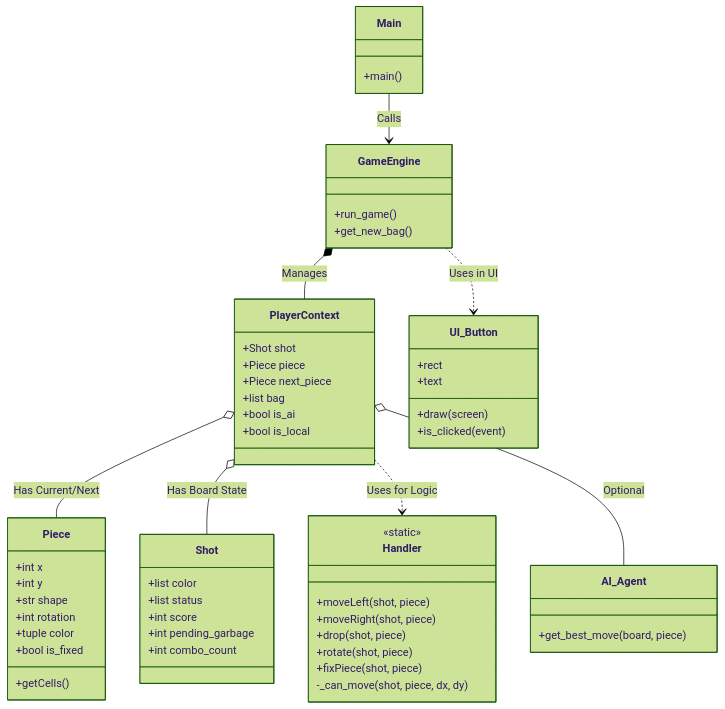
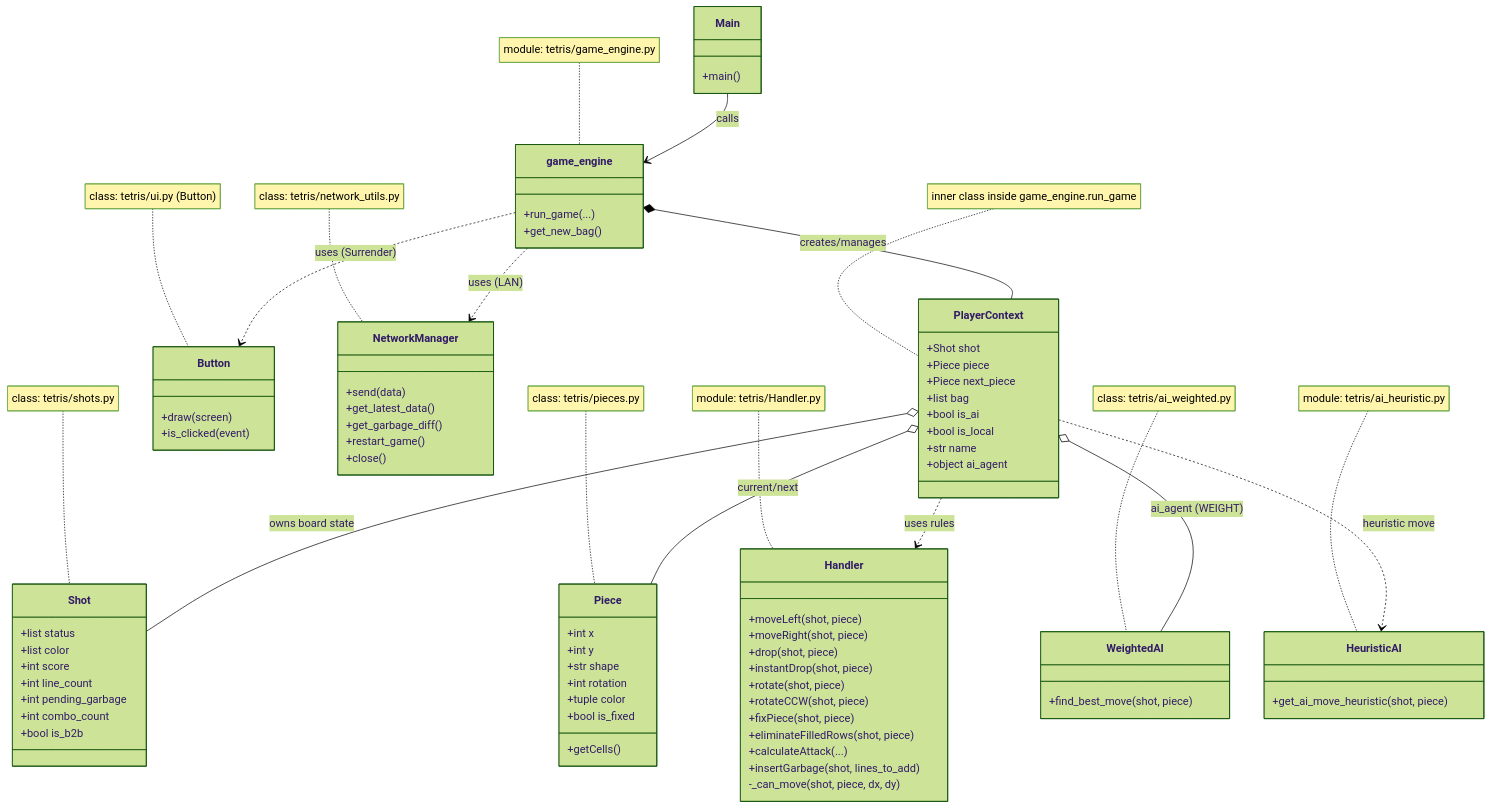
Before and after one commit to lilil0724/aoop_2025_group14_tetris: the diagram in presentation.md, drawn with Mermaid (forest theme). The commit also changed 4 other files, not shown here.

````diff
--- a/presentation.md
+++ b/presentation.md
@@ -41,14 +41,19 @@
 ```mermaid
 classDiagram
+    direction TB
+
+    %% Layer 1 (Top): Entry point
     class Main {
         +main()
     }
 
-    class GameEngine {
-        +run_game()
+    %% Layer 2: Game loop / orchestration (module)
+    class game_engine {
+        +run_game(...)
         +get_new_bag()
     }
 
+    %% Layer 3: Per-player runtime context (inner class)
     class PlayerContext {
         +Shot shot
         +Piece piece
@@ -56,6 +61,19 @@
         +list bag
         +bool is_ai
         +bool is_local
+        +str name
+        +object ai_agent
+    }
+
+    %% Layer 4: Data objects & services
+    class Shot {
+        +list status
+        +list color
+        +int score
+        +int line_count
+        +int pending_garbage
+        +int combo_count
+        +bool is_b2b
     }
 
     class Piece {
@@ -68,40 +86,60 @@
         +getCells()
     }
 
-    class Shot {
-        +list color
-        +list status
-        +int score
-        +int pending_garbage
-        +int combo_count
-    }
-
     class Handler {
-        <<static>>
         +moveLeft(shot, piece)
         +moveRight(shot, piece)
         +drop(shot, piece)
+        +instantDrop(shot, piece)
         +rotate(shot, piece)
+        +rotateCCW(shot, piece)
         +fixPiece(shot, piece)
+        +eliminateFilledRows(shot, piece)
+        +calculateAttack(...)
+        +insertGarbage(shot, lines_to_add)
         -_can_move(shot, piece, dx, dy)
     }
 
-    class UI_Button {
-        +rect
-        +text
+    class Button {
         +draw(screen)
         +is_clicked(event)
     }
 
-    class AI_Agent {
-        +get_best_move(board, piece)
+    class WeightedAI {
+        +find_best_move(shot, piece)
     }
 
-    Main --> GameEngine : Calls
-    GameEngine *-- PlayerContext : Manages
-    PlayerContext o-- Piece : Has Current/Next
-    PlayerContext o-- Shot : Has Board State
-    PlayerContext ..> Handler : Uses for Logic
-    GameEngine ..> UI_Button : Uses in UI
-    PlayerContext o-- AI_Agent : Optional
+    class HeuristicAI {
+        +get_ai_move_heuristic(shot, piece)
+    }
+
+    class NetworkManager {
+        +send(data)
+        +get_latest_data()
+        +get_garbage_diff()
+        +restart_game()
+        +close()
+    }
+
+    %% Exact-to-code mapping
+    note for game_engine "module: tetris/game_engine.py"
+    note for PlayerContext "inner class inside game_engine.run_game"
+    note for Shot "class: tetris/shots.py"
+    note for Piece "class: tetris/pieces.py"
+    note for Handler "module: tetris/Handler.py"
+    note for Button "class: tetris/ui.py (Button)"
+    note for WeightedAI "class: tetris/ai_weighted.py"
+    note for HeuristicAI "module: tetris/ai_heuristic.py"
+    note for NetworkManager "class: tetris/network_utils.py"
+
+    %% Relationships (top-down)
+    Main --> game_engine : calls
+    game_engine *-- PlayerContext : creates/manages
+    PlayerContext o-- Shot : owns board state
+    PlayerContext o-- Piece : current/next
+    PlayerContext ..> Handler : uses rules
+    PlayerContext o-- WeightedAI : ai_agent (WEIGHT)
+    PlayerContext ..> HeuristicAI : heuristic move
+    game_engine ..> Button : uses (Surrender)
+    game_engine ..> NetworkManager : uses (LAN)
 ```
````
